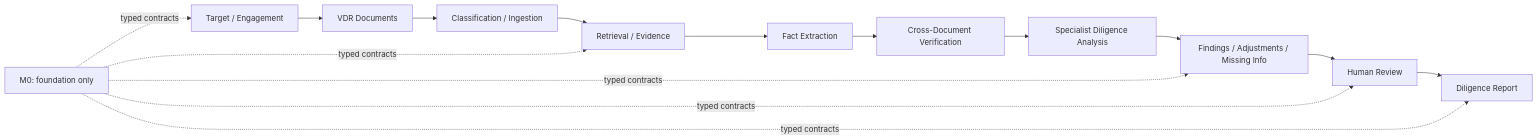
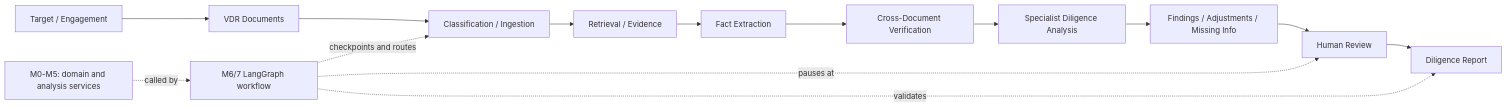
The diagram in 05_ai_due_diligence/README.md (rishu765/mna_deal_intelligence), drawn with Mermaid before and after one commit. The commit also changed other lines of this file and 22 other files, not shown here.

````diff
--- a/05_ai_due_diligence/README.md
+++ b/05_ai_due_diligence/README.md
@@ -32,17 +33,16 @@
 ```mermaid
 flowchart LR
     A[Target / Engagement] --> B[VDR Documents]
     B --> C[Classification / Ingestion]
     C --> D[Retrieval / Evidence]
     D --> E[Fact Extraction]
     E --> F[Cross-Document Verification]
     F --> G[Specialist Diligence Analysis]
     G --> H[Findings / Adjustments / Missing Info]
     H --> I[Human Review]
     I --> J[Diligence Report]
-    M0[M0: foundation only] -. typed contracts .-> A
-    M0 -. typed contracts .-> D
-    M0 -. typed contracts .-> H
-    M0 -. typed contracts .-> I
-    M0 -. typed contracts .-> J
+    K[M0-M5: domain and analysis services] -. called by .-> L[M6/7 LangGraph workflow]
+    L -. checkpoints and routes .-> C
+    L -. pauses at .-> I
+    L -. validates .-> J
 ```
````
